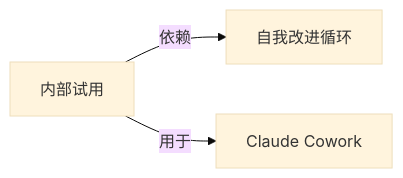
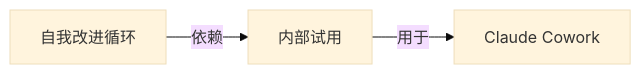
The diagram in wiki/内部试用.md (yibie/claude-best-practices-zh), drawn with Mermaid (base theme) before and after one commit. The commit also changed other lines of this file and 407 other files, not shown here.

Commit message:
feat: DeepSeek 三遍审校（译文/关系/图谱）+ 可部署静态站点

````diff
--- a/wiki/内部试用.md
+++ b/wiki/内部试用.md
@@ -39,6 +41,6 @@
 ```mermaid
 graph LR
   C["内部试用"]
-  C -->|依赖| N0["自我改进循环"]
-  C -->|用于| N1["Claude Cowork"]
+  C -->|用于| N0["Claude Cowork"]
+  N1["自我改进循环"] -->|依赖| C
 ```
````
